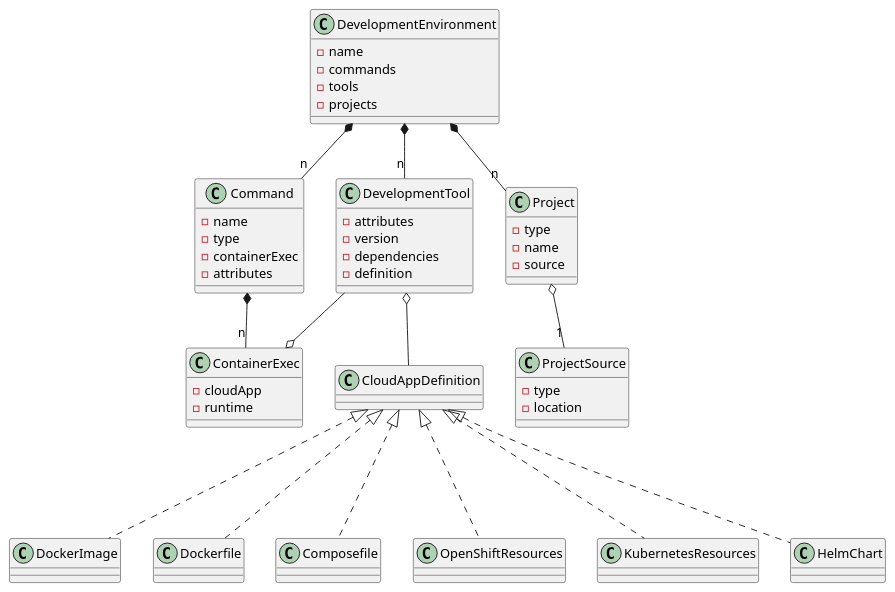
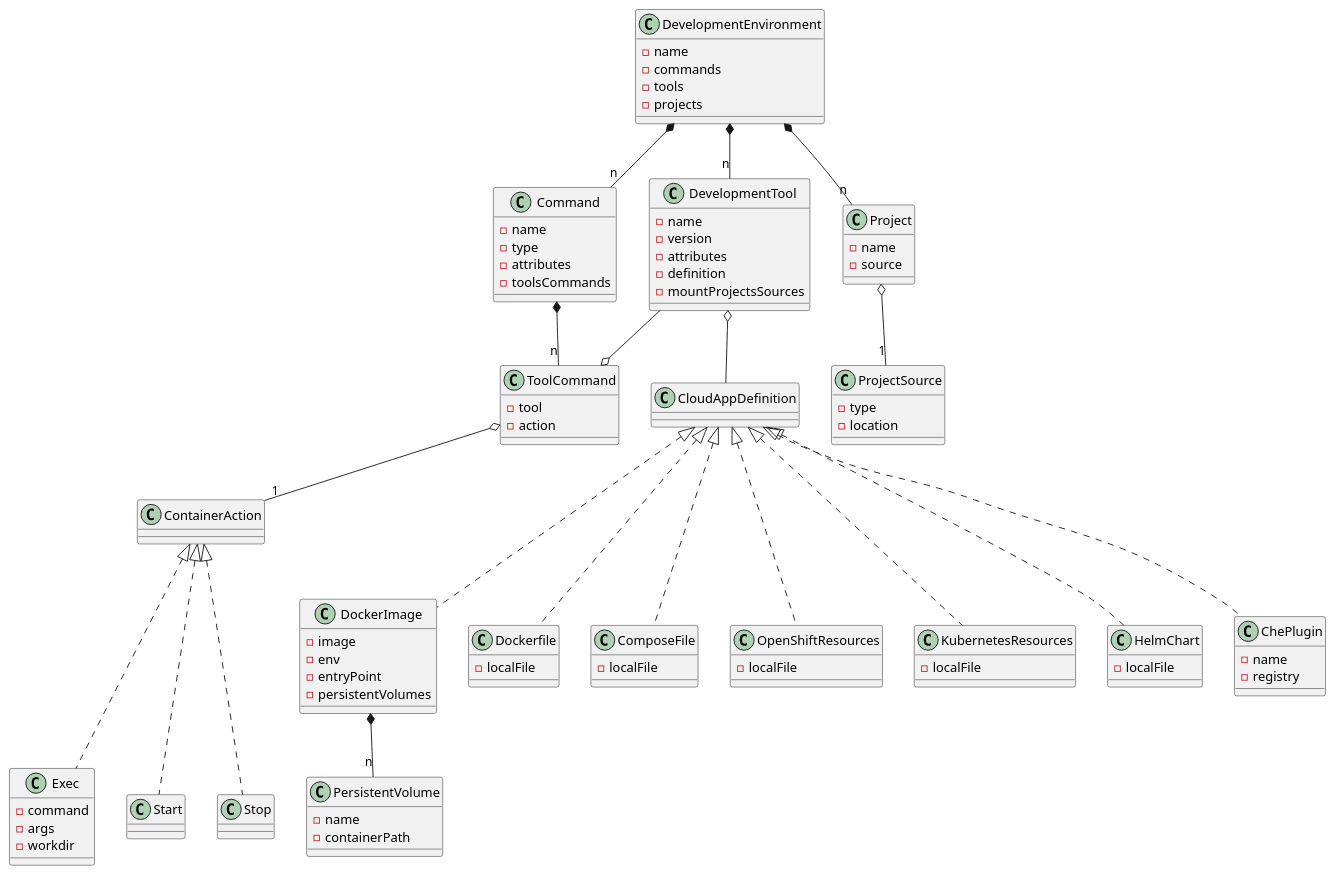
One commit to redhat-developer/devfile changed the diagram in devfile.plantuml. Above: the diagram before and after it, drawn with PlantUML. The commit also changed 2 other files, not shown here.

```diff
--- a/devfile.plantuml
+++ b/devfile.plantuml
@@ -1,69 +1,127 @@
 @startuml
 
 class DevelopmentEnvironment {
   - name
   - commands
   - tools
   - projects
 }
 
 together {
   class DevelopmentTool
   class Command
   class Project
 }
 
 together {
-  class ContainerExec
+  class ToolCommand
   class CloudAppDefinition
 }
-
 
 DevelopmentEnvironment *-- "n" DevelopmentTool
 DevelopmentEnvironment *-- "n" Command
 DevelopmentEnvironment *-- "n" Project
 
 class DevelopmentTool {
+    - name
+    - version
     - attributes
-    - version
-    - dependencies
     - definition
+    - mountProjectsSources
 }
 
 DevelopmentTool o-- CloudAppDefinition
 
 CloudAppDefinition <|-.. DockerImage
 CloudAppDefinition <|-.. Dockerfile
-CloudAppDefinition <|-.. Composefile
+CloudAppDefinition <|-.. ComposeFile
 CloudAppDefinition <|-.. OpenShiftResources
 CloudAppDefinition <|-.. KubernetesResources
 CloudAppDefinition <|-.. HelmChart
+CloudAppDefinition <|-.. ChePlugin
 
 class Command {
   - name
   - type
-  - containerExec
   - attributes
+  - toolsCommands
 }
 
-Command *-- "n" ContainerExec
-ContainerExec o-- DevelopmentTool
+Command *-- "n" ToolCommand
+ToolCommand o-- DevelopmentTool
 
-class ContainerExec {
-  - cloudApp
-  - runtime
+class ToolCommand {
+  - tool
+  - action
+}
+
+ToolCommand o-- "1" ContainerAction
+
+ContainerAction <|-..Exec
+ContainerAction <|-..Start
+ContainerAction <|-..Stop
+
+together {
+  class Exec
+  class Start
+  class Stop
+}
+
+class Exec {
+  - command
+  - args
+  - workdir
 }
 
 class Project {
-  - type
   - name
   - source
 }
 
 Project o-- "1" ProjectSource
 
 class ProjectSource {
   - type
   - location
 }
+
+class DockerImage {
+  - image
+  - env
+  - entryPoint
+  - persistentVolumes
+}
+
+DockerImage *-- "n" PersistentVolume
+
+class PersistentVolume {
+  - name
+  - containerPath
+}
+
+class ComposeFile {
+  - localFile
+}
+
+class Dockerfile {
+  - localFile
+}
+
+class OpenShiftResources {
+  - localFile
+}
+
+class KubernetesResources {
+  - localFile
+}
+
+class HelmChart {
+  - localFile
+}
+
+class ChePlugin {
+  - name
+  - registry
+}
+
 @enduml
```
